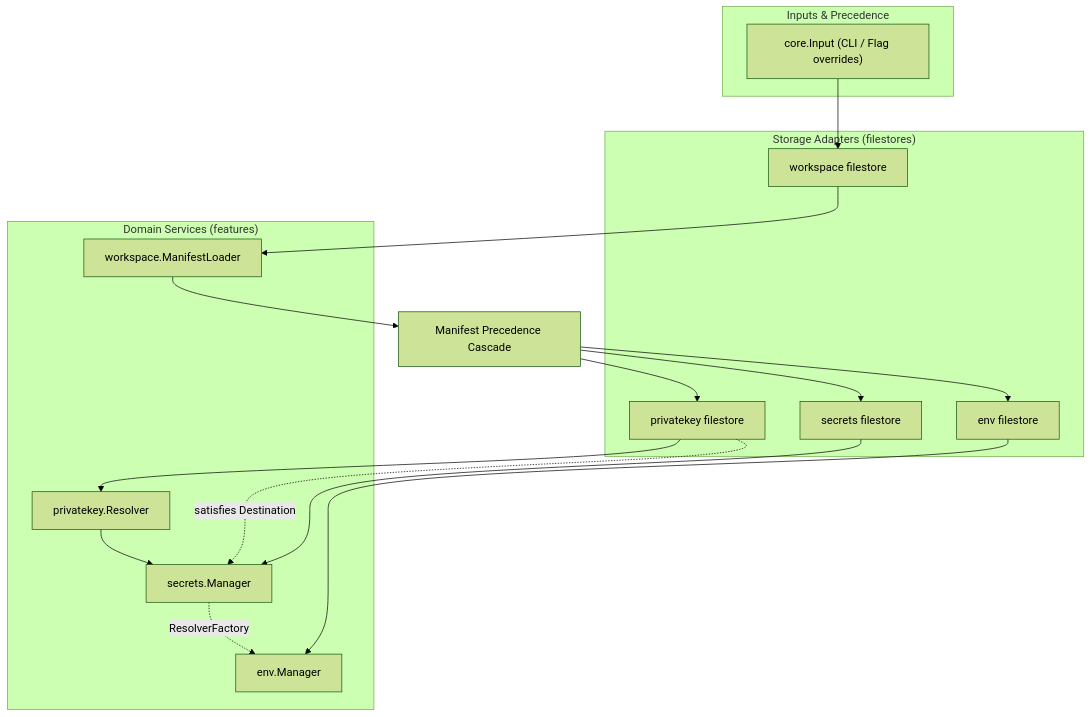
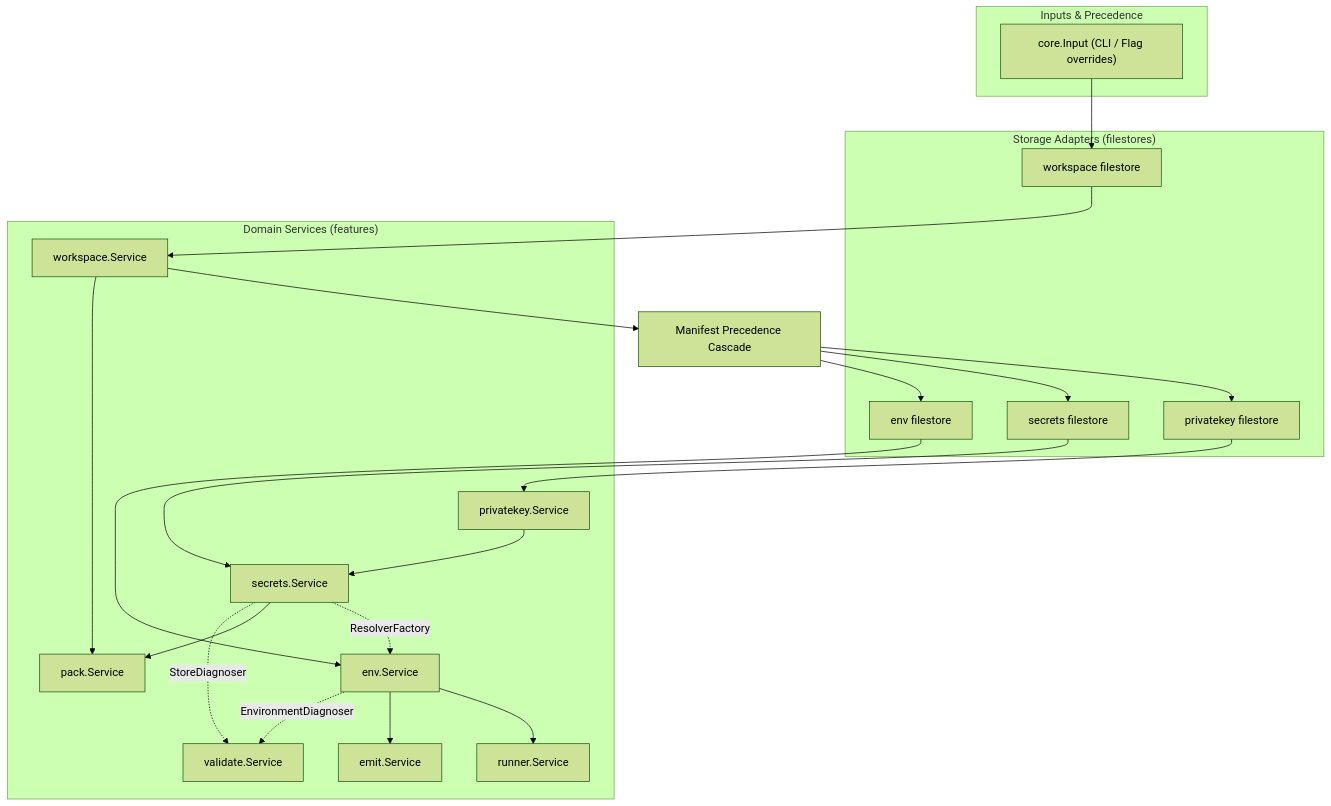
The first of 2 diagrams in .plans/20260924-di-refactor.md (go-envx/envx), drawn with Mermaid (forest theme) before and after one commit. The commit also changed other lines of this file and 1 other file, not shown here.

````diff
--- a/.plans/20260924-di-refactor.md
+++ b/.plans/20260924-di-refactor.md
@@ -330,34 +1053,44 @@
 ```mermaid
 flowchart TD
     subgraph Inputs["Inputs & Precedence"]
         Input["core.Input (CLI / Flag overrides)"]
     end
 
     subgraph Adapters["Storage Adapters (filestores)"]
         WSStore["workspace filestore"]
         PKStore["privatekey filestore"]
         SecStore["secrets filestore"]
         EnvStore["env filestore"]
     end
 
     subgraph DomainServices["Domain Services (features)"]
-        WSLoader["workspace.ManifestLoader"]
-        PKResolver["privatekey.Resolver"]
-        SecMgr["secrets.Manager"]
-        EnvMgr["env.Manager"]
+        WSSvc["workspace.Service"]
+        PKSvc["privatekey.Service"]
+        SecSvc["secrets.Service"]
+        EnvSvc["env.Service"]
+        RunSvc["runner.Service"]
+        EmitSvc["emit.Service"]
+        PackSvc["pack.Service"]
+        ValSvc["validate.Service"]
     end
 
     Input --> WSStore
-    WSStore --> WSLoader
-    WSLoader --> ConfigCascade["Manifest Precedence Cascade"]
+    WSStore --> WSSvc
+    WSSvc --> ConfigCascade["Manifest Precedence Cascade"]
     ConfigCascade --> PKStore
     ConfigCascade --> SecStore
     ConfigCascade --> EnvStore
 
-    PKStore --> PKResolver
-    PKStore -. satisfies Destination .-> SecMgr
-    SecStore --> SecMgr
-    PKResolver --> SecMgr
-    EnvStore --> EnvMgr
-    SecMgr -. ResolverFactory .-> EnvMgr
+    PKStore --> PKSvc
+    SecStore --> SecSvc
+    PKSvc --> SecSvc
+    EnvStore --> EnvSvc
+    SecSvc -. ResolverFactory .-> EnvSvc
+
+    EnvSvc --> RunSvc
+    EnvSvc --> EmitSvc
+    WSSvc --> PackSvc
+    SecSvc --> PackSvc
+    EnvSvc -. EnvironmentDiagnoser .-> ValSvc
+    SecSvc -. StoreDiagnoser .-> ValSvc
 ```
````
